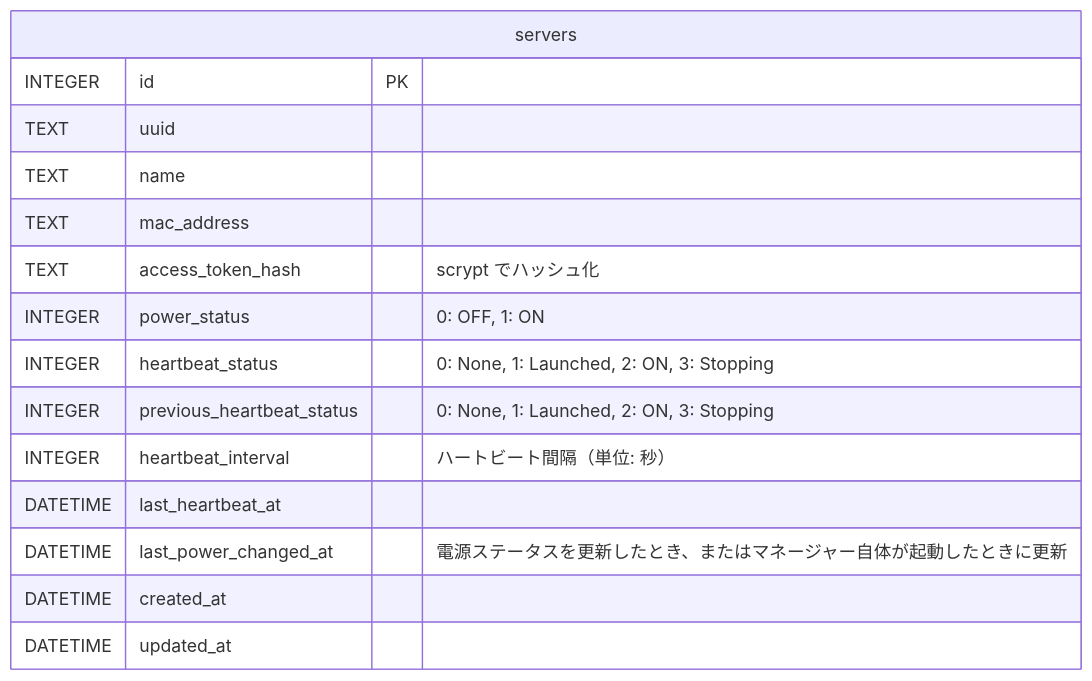
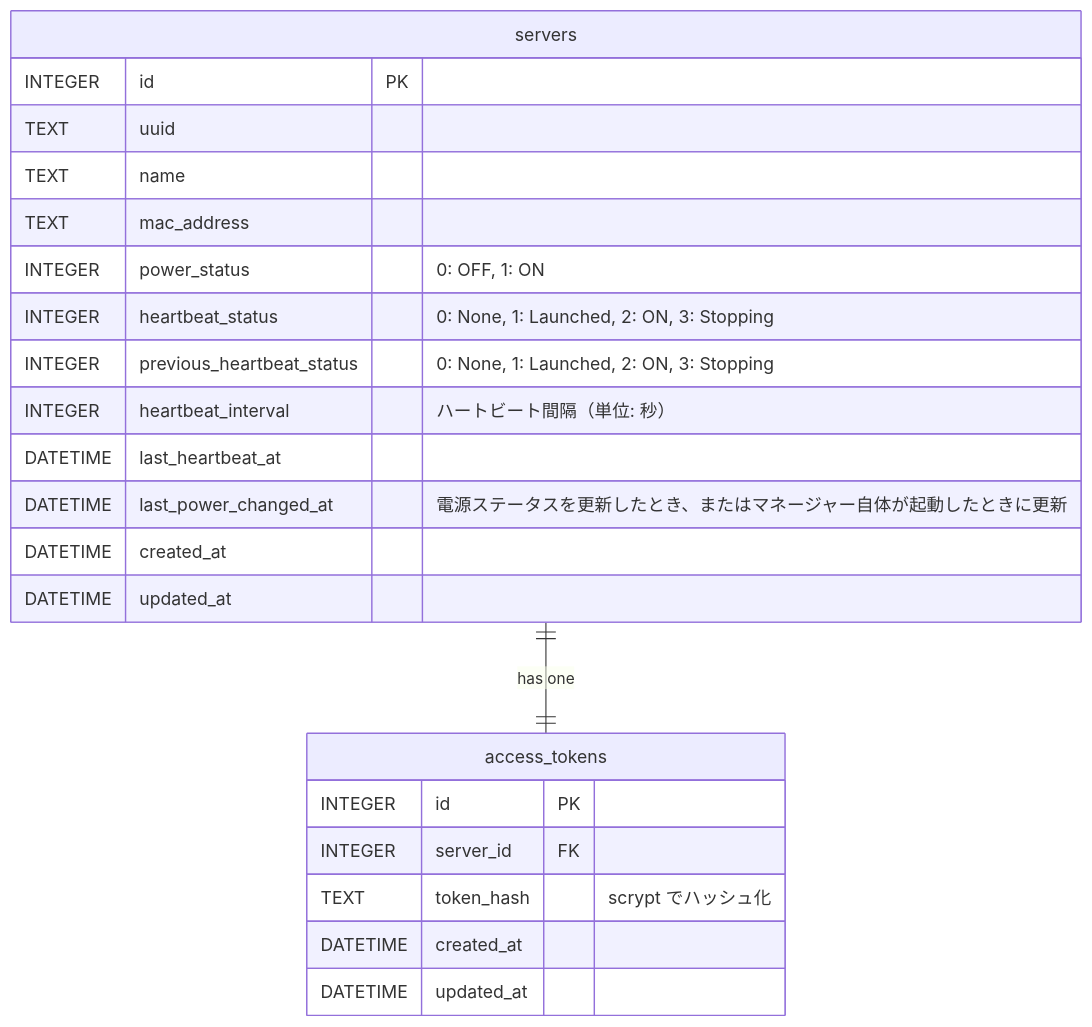
Before and after one commit to ichi-h/komoriuta: the second of 5 diagrams in docs/sdd.md, drawn with Mermaid.

Commit message:
feat: アクセストークンを正規化

````diff
--- a/docs/sdd.md
+++ b/docs/sdd.md
@@ -44,18 +44,27 @@
 ```mermaid
 erDiagram
   servers {
     INTEGER id PK
     TEXT uuid
     TEXT name
     TEXT mac_address
-    TEXT access_token_hash "scrypt でハッシュ化"
     INTEGER power_status "0: OFF, 1: ON"
     INTEGER heartbeat_status "0: None, 1: Launched, 2: ON, 3: Stopping"
     INTEGER previous_heartbeat_status "0: None, 1: Launched, 2: ON, 3: Stopping"
     INTEGER heartbeat_interval "ハートビート間隔（単位: 秒）"
     DATETIME last_heartbeat_at
     DATETIME last_power_changed_at "電源ステータスを更新したとき、またはマネージャー自体が起動したときに更新"
     DATETIME created_at
     DATETIME updated_at
   }
+
+  access_tokens {
+    INTEGER id PK
+    INTEGER server_id FK
+    TEXT token_hash "scrypt でハッシュ化"
+    DATETIME created_at
+    DATETIME updated_at
+  }
+
+  servers ||--|| access_tokens: "has one"
 ```
````
